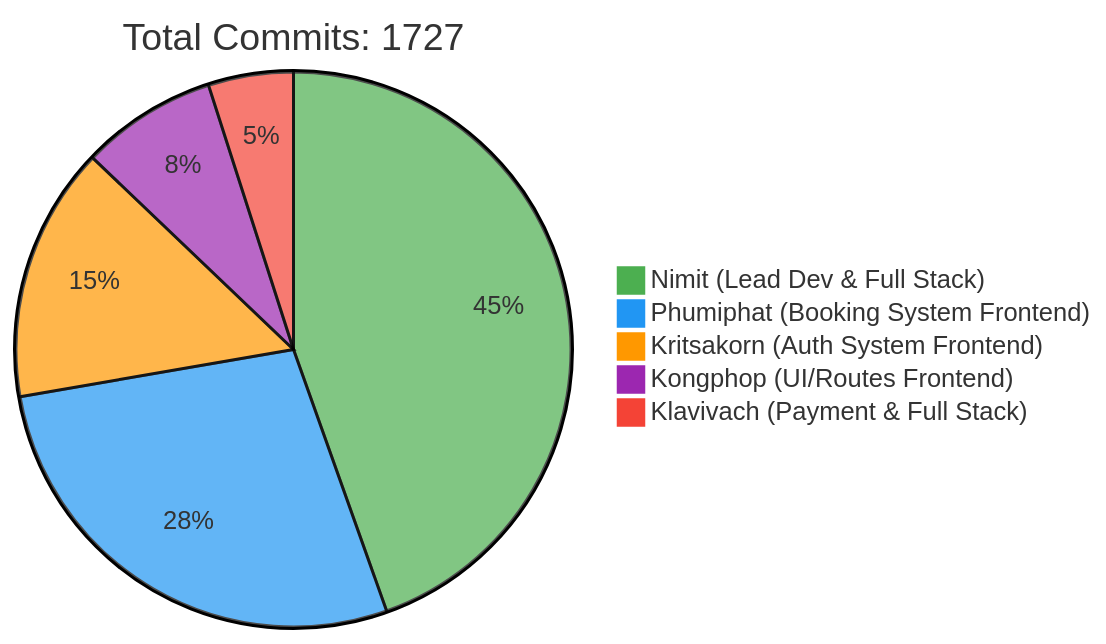
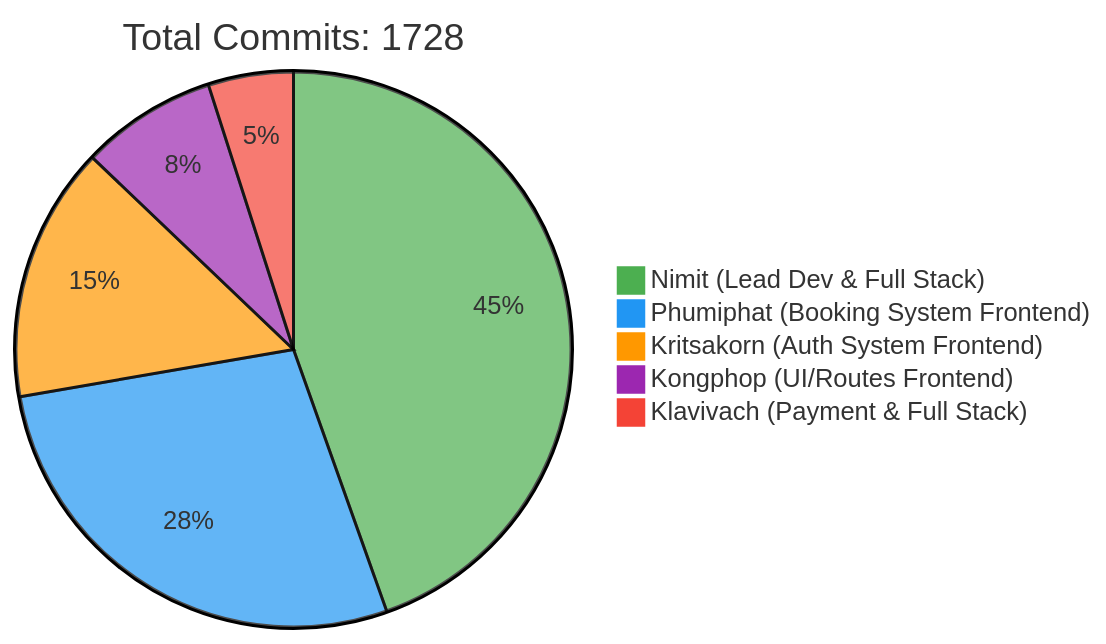
Before and after one commit to 6531503042/Sport-Complex: the first of 2 diagrams in README.md, drawn with Mermaid. The commit also changed other lines of this file, not shown here.

Commit message:
docs: Update contributor statistics [skip ci]

````diff
--- a/README.md
+++ b/README.md
@@ -257,10 +257,10 @@
 ```mermaid
 %%{init: {'theme': 'base', 'themeVariables': { 'pie1': '#4CAF50', 'pie2': '#2196F3', 'pie3': '#FF9800', 'pie4': '#9C27B0', 'pie5': '#F44336'}}}%%
 pie
-    title Total Commits: 1727
+    title Total Commits: 1728
     "Nimit (Lead Dev & Full Stack)" : 450
     "Phumiphat (Booking System Frontend)" : 280
     "Kritsakorn (Auth System Frontend)" : 150
     "Kongphop (UI/Routes Frontend)" : 80
     "Klavivach (Payment & Full Stack)" : 50
 ```
````
